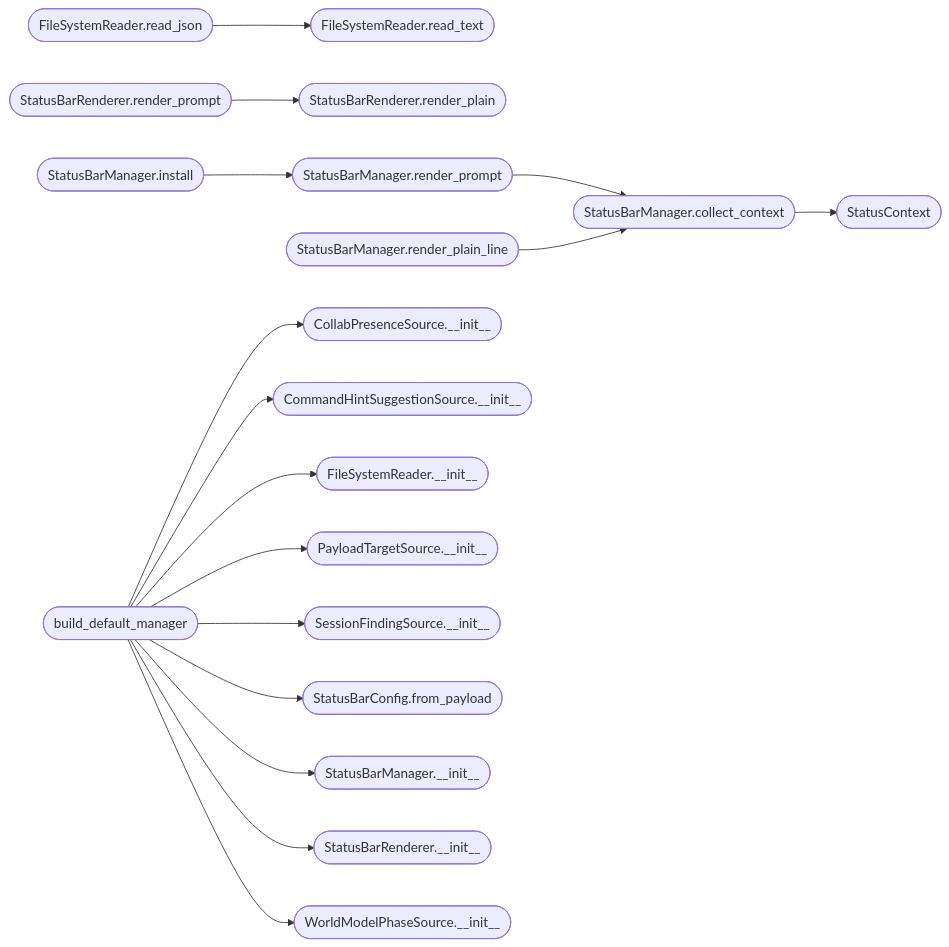
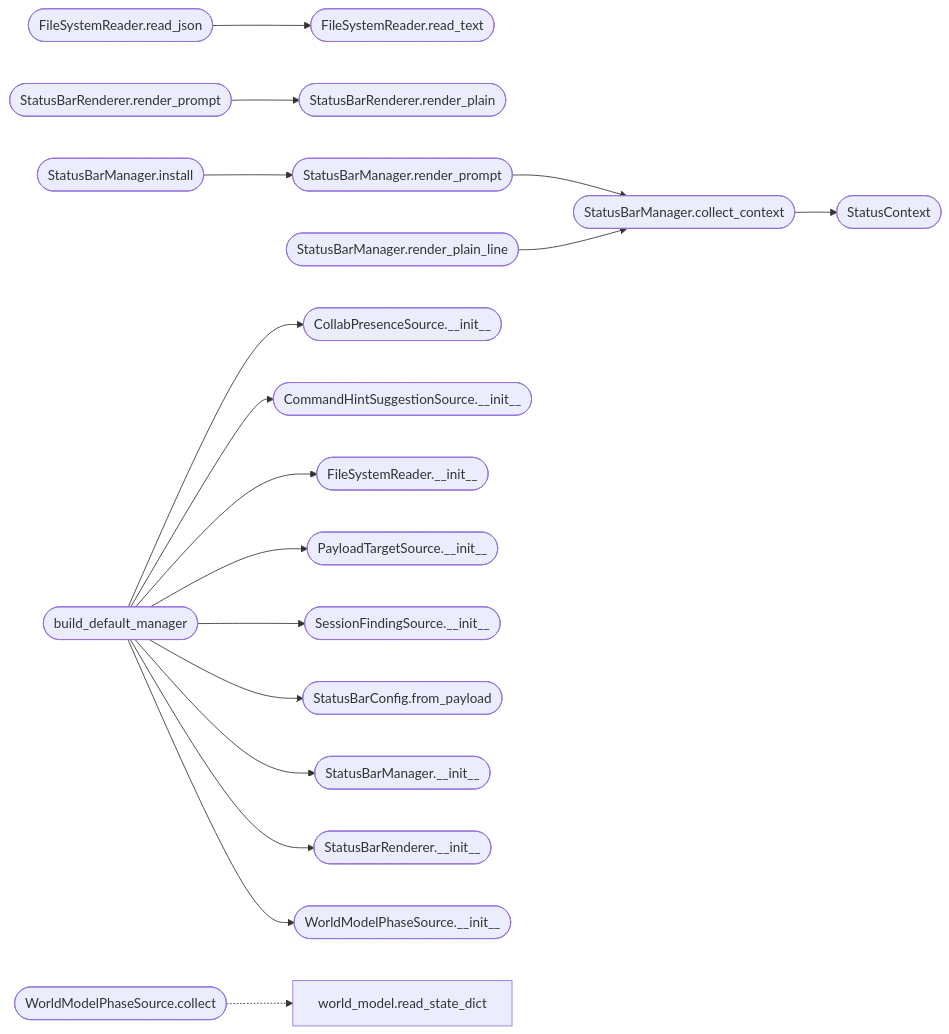
Before and after one commit to grisuno/LazyOwn: the second of 2 diagrams in readmenator-apidocs/modules/cli.status_bar.py.md, drawn with Mermaid. The commit also changed other lines of this file and 496 other files, not shown here.

First line of the commit message:
test: A mediator architecture is implemented with a safety harness inspired by Apollo 11.

````diff
--- a/readmenator-apidocs/modules/cli.status_bar.py.md
+++ b/readmenator-apidocs/modules/cli.status_bar.py.md
@@ -119,37 +119,40 @@
 ```mermaid
 flowchart LR
     n_cli_status_bar_py__FileSystemReader_read_json(["FileSystemReader.read_json"])
     n_cli_status_bar_py__FileSystemReader_read_text(["FileSystemReader.read_text"])
     n_cli_status_bar_py__StatusBarRenderer_render_prompt(["StatusBarRenderer.render_prompt"])
     n_cli_status_bar_py__StatusBarRenderer_render_plain(["StatusBarRenderer.render_plain"])
     n_cli_status_bar_py__StatusBarManager_collect_context(["StatusBarManager.collect_context"])
     n_cli_status_bar_py__StatusContext(["StatusContext"])
     n_cli_status_bar_py__StatusBarManager_render_prompt(["StatusBarManager.render_prompt"])
     n_cli_status_bar_py__StatusBarManager_render_plain_line(["StatusBarManager.render_plain_line"])
     n_cli_status_bar_py__StatusBarManager_install(["StatusBarManager.install"])
     n_cli_status_bar_py__build_default_manager(["build_default_manager"])
     n_cli_status_bar_py__CollabPresenceSource___init__(["CollabPresenceSource.__init__"])
     n_cli_status_bar_py__CommandHintSuggestionSource___init__(["CommandHintSuggestionSource.__init__"])
     n_cli_status_bar_py__FileSystemReader___init__(["FileSystemReader.__init__"])
     n_cli_status_bar_py__PayloadTargetSource___init__(["PayloadTargetSource.__init__"])
     n_cli_status_bar_py__SessionFindingSource___init__(["SessionFindingSource.__init__"])
     n_cli_status_bar_py__StatusBarConfig_from_payload(["StatusBarConfig.from_payload"])
     n_cli_status_bar_py__StatusBarManager___init__(["StatusBarManager.__init__"])
     n_cli_status_bar_py__StatusBarRenderer___init__(["StatusBarRenderer.__init__"])
     n_cli_status_bar_py__WorldModelPhaseSource___init__(["WorldModelPhaseSource.__init__"])
+    n_cli_status_bar_py__WorldModelPhaseSource_collect(["WorldModelPhaseSource.collect"])
+    n_modules_world_model_py__read_state_dict["world_model.read_state_dict"]
     n_cli_status_bar_py__FileSystemReader_read_json --> n_cli_status_bar_py__FileSystemReader_read_text
     n_cli_status_bar_py__StatusBarRenderer_render_prompt --> n_cli_status_bar_py__StatusBarRenderer_render_plain
     n_cli_status_bar_py__StatusBarManager_collect_context --> n_cli_status_bar_py__StatusContext
     n_cli_status_bar_py__StatusBarManager_render_prompt --> n_cli_status_bar_py__StatusBarManager_collect_context
     n_cli_status_bar_py__StatusBarManager_render_plain_line --> n_cli_status_bar_py__StatusBarManager_collect_context
     n_cli_status_bar_py__StatusBarManager_install --> n_cli_status_bar_py__StatusBarManager_render_prompt
     n_cli_status_bar_py__build_default_manager --> n_cli_status_bar_py__CollabPresenceSource___init__
     n_cli_status_bar_py__build_default_manager --> n_cli_status_bar_py__CommandHintSuggestionSource___init__
     n_cli_status_bar_py__build_default_manager --> n_cli_status_bar_py__FileSystemReader___init__
     n_cli_status_bar_py__build_default_manager --> n_cli_status_bar_py__PayloadTargetSource___init__
     n_cli_status_bar_py__build_default_manager --> n_cli_status_bar_py__SessionFindingSource___init__
     n_cli_status_bar_py__build_default_manager --> n_cli_status_bar_py__StatusBarConfig_from_payload
     n_cli_status_bar_py__build_default_manager --> n_cli_status_bar_py__StatusBarManager___init__
     n_cli_status_bar_py__build_default_manager --> n_cli_status_bar_py__StatusBarRenderer___init__
     n_cli_status_bar_py__build_default_manager --> n_cli_status_bar_py__WorldModelPhaseSource___init__
+    n_cli_status_bar_py__WorldModelPhaseSource_collect -.-> n_modules_world_model_py__read_state_dict
 ```
````
